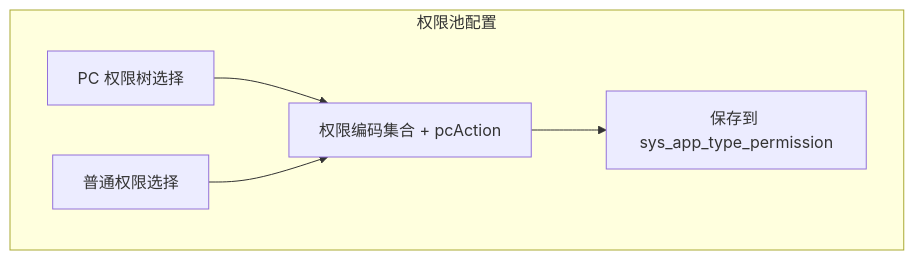
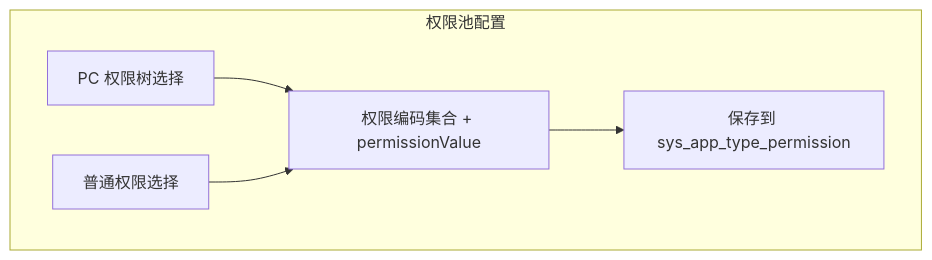
One commit to huyumo/moyan-mfw changed the third of 6 diagrams in docs/flows/permission-pool-setup.md. Above: the diagram before and after it, drawn with Mermaid. The commit also changed other lines of this file and 28 other files, not shown here.

````diff
--- a/docs/flows/permission-pool-setup.md
+++ b/docs/flows/permission-pool-setup.md
@@ -147,8 +147,8 @@
 ```mermaid
 graph TB
     subgraph 权限池配置
-        P1[PC 权限树选择] --> P4[权限编码集合 + pcAction]
+        P1[PC 权限树选择] --> P4[权限编码集合 + permissionValue]
         P2[普通权限选择] --> P4
         P4 --> P5[保存到 sys_app_type_permission]
     end
 ```
````
